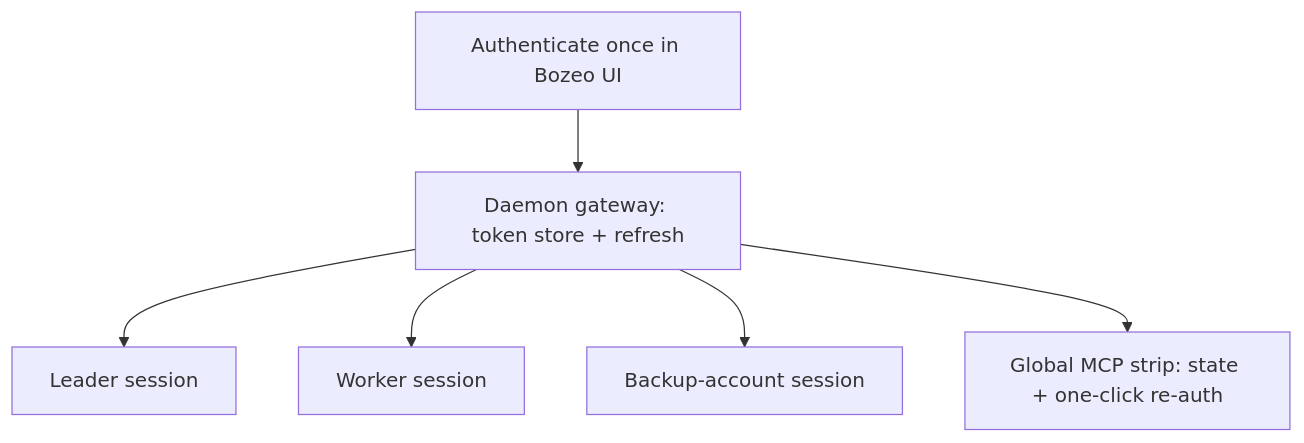
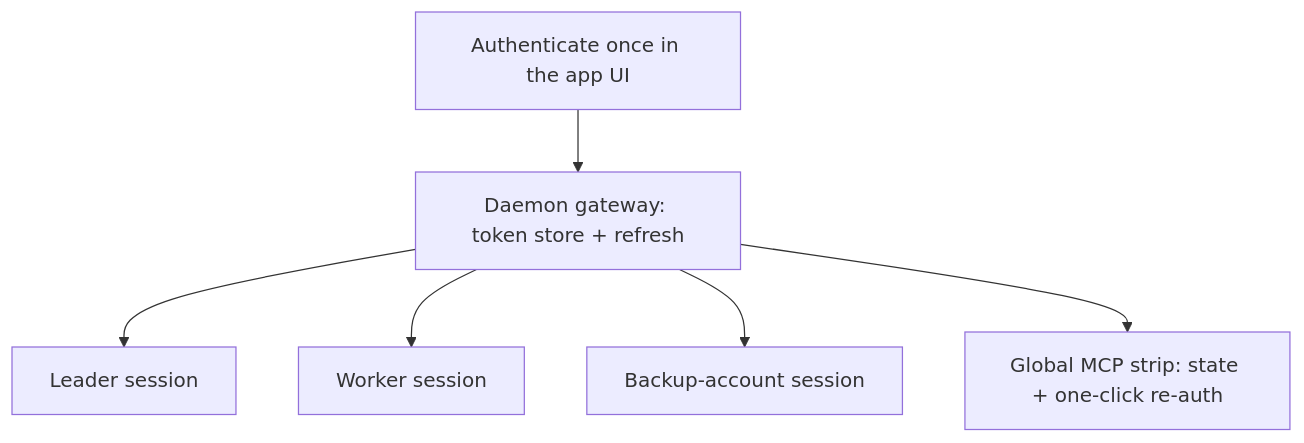
One commit to funkmastert/paseo changed the first of 2 diagrams in docs/plans/2026-09-12-008-feat-mcp-auth-gateway-plan.md. Above: the diagram before and after it, drawn with Mermaid. The commit also changed other lines of this file, not shown here.

First line of the commit message:
docs: apply doc-review fixes to the MCP auth gateway plan

````diff
--- a/docs/plans/2026-09-12-008-feat-mcp-auth-gateway-plan.md
+++ b/docs/plans/2026-09-12-008-feat-mcp-auth-gateway-plan.md
@@ -44,8 +44,8 @@
 ```mermaid
 flowchart TB
-  T[Authenticate once in Bozeo UI] --> D[Daemon gateway: token store + refresh]
+  T[Authenticate once in the app UI] --> D[Daemon gateway: token store + refresh]
   D --> S1[Leader session]
   D --> S2[Worker session]
   D --> S3[Backup-account session]
   D --> U[Global MCP strip: state + one-click re-auth]
 ```
````
